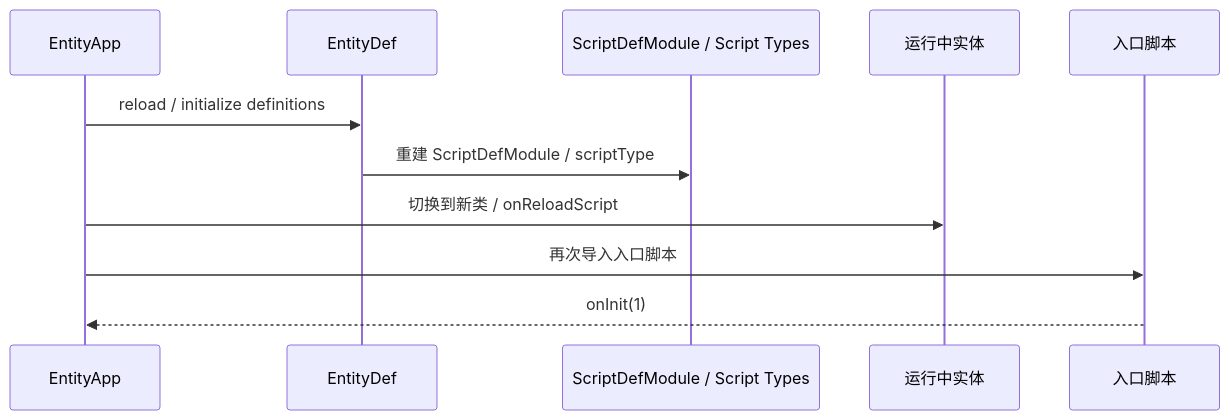
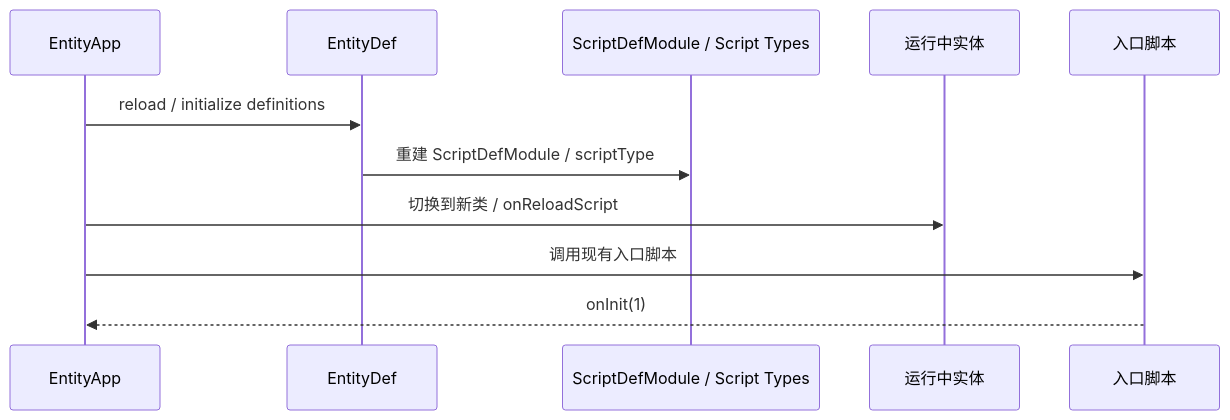
The fourth of 4 diagrams in docs/architecture/source-analysis/scripting.md (cuihairu/kbengine), drawn with Mermaid before and after one commit. The commit also changed other lines of this file and 30 other files, not shown here.

````diff
--- a/docs/architecture/source-analysis/scripting.md
+++ b/docs/architecture/source-analysis/scripting.md
@@ -496,14 +496,14 @@
 ```mermaid
 sequenceDiagram
     participant E as EntityApp
     participant D as EntityDef
     participant S as ScriptDefModule / Script Types
     participant R as 运行中实体
     participant P as 入口脚本
 
     E->>D: reload / initialize definitions
     D->>S: 重建 ScriptDefModule / scriptType
     E->>R: 切换到新类 / onReloadScript
-    E->>P: 再次导入入口脚本
+    E->>P: 调用现有入口脚本
     P-->>E: onInit(1)
 ```
````
